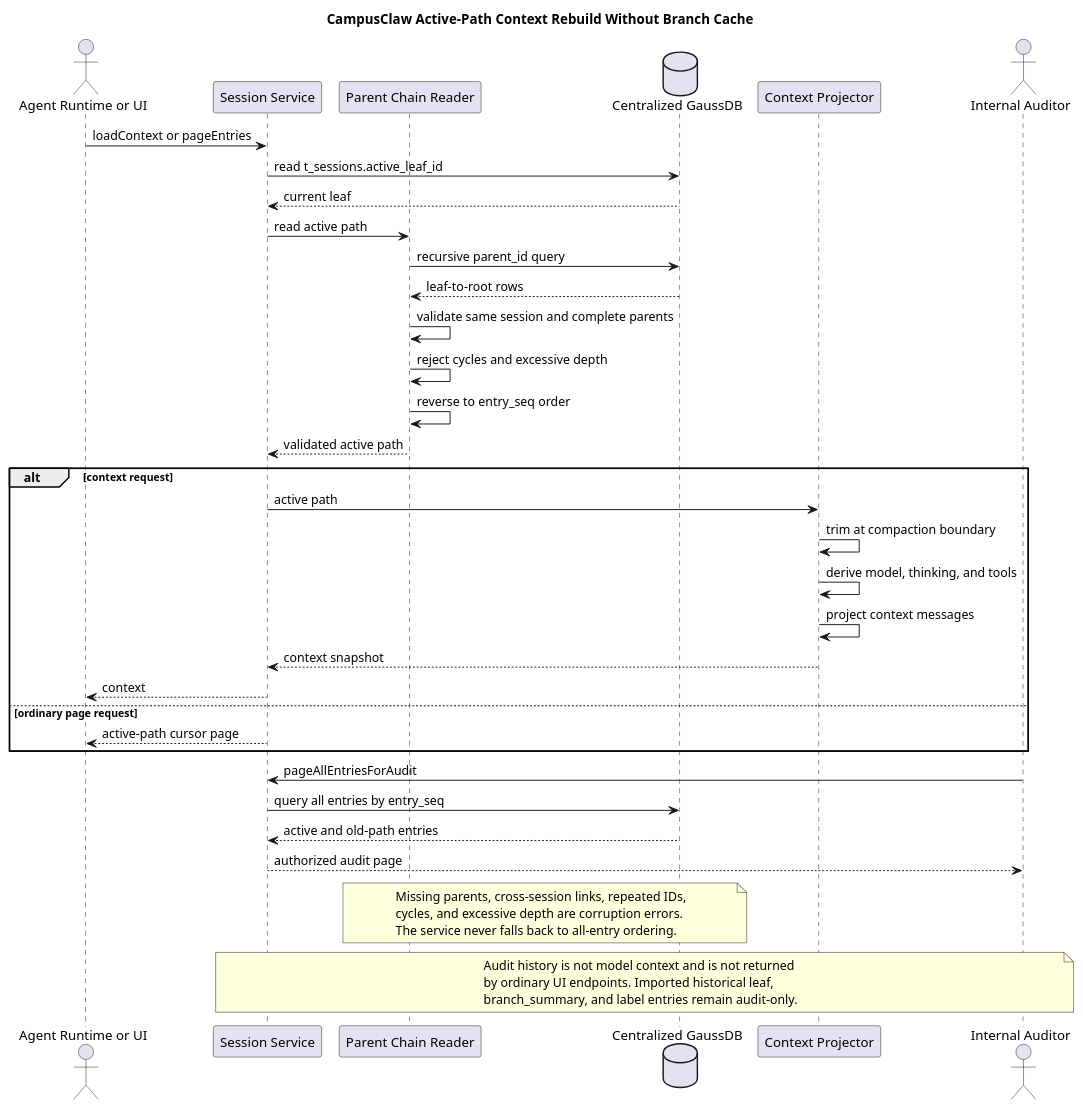
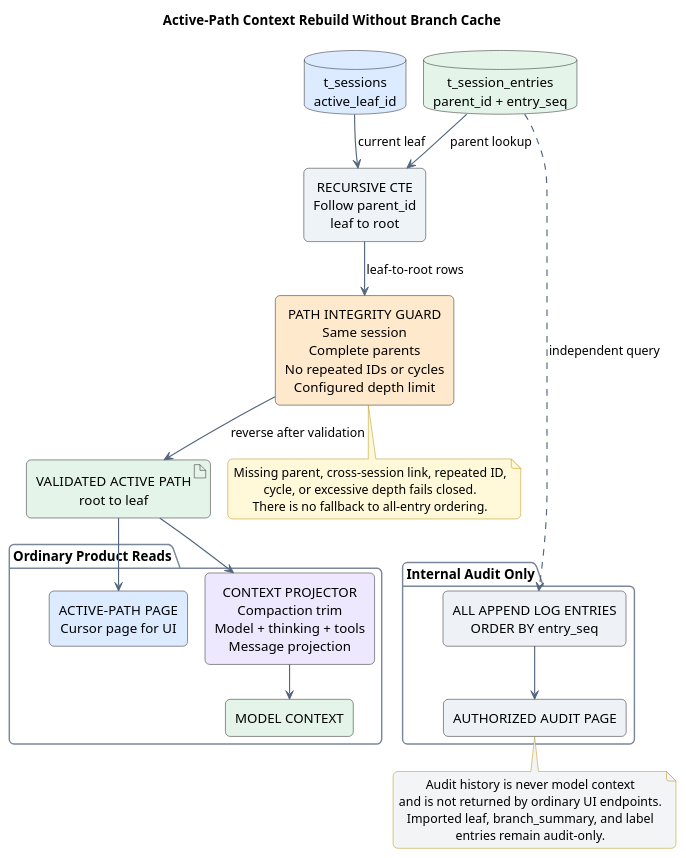
One commit to ssm0808/pi-mono-java-design changed the fourth of 4 diagrams in diagrams/memory/diagram.puml. Above: the diagram before and after it, drawn with PlantUML. The commit also changed other lines of this file and 8 other files, not shown here.

Commit message:
docs(memory): improve session diagram readability

```diff
--- a/diagrams/memory/diagram.puml
+++ b/diagrams/memory/diagram.puml
@@ -250,66 +258,78 @@
 @startuml memory-context-rebuild
-title CampusClaw Active-Path Context Rebuild Without Branch Cache
+!pragma layout smetana
+title Active-Path Context Rebuild Without Branch Cache
+top to bottom direction
+
 skinparam backgroundColor #FFFFFF
+skinparam shadowing false
+skinparam roundcorner 10
+skinparam defaultTextAlignment center
+skinparam ArrowColor #53657D
+skinparam ArrowThickness 1.2
+skinparam PackageBorderColor #7A8699
+skinparam NoteBorderColor #B58B00
+skinparam NoteBackgroundColor #FFF8D9
 
 ' Source evidence:
 ' - badlogic/pi-mono@f0deb8dd8e9611e89b5bc4145ca92c03ae6ed4ee
 ' - packages/storage/sqlite-node/src/sqlite/storage/index.ts:
 '   readPathToRootOrCompaction
 ' - packages/storage/sqlite-node/src/sqlite/storage/branch-cache.ts:
 '   rebuildCachedBranch
 ' - packages/agent/src/harness/session/session.ts: buildSessionContext
 ' Observed behavior: pi prefers validated branch cache rows and repairs them
 ' from session_entries.parent_id when missing or invalid.
 ' Architecture change: CampusClaw always reads the authoritative parent chain
 ' and never stores or repairs a branch cache.
 ' Product constraint: ordinary paging and Context use only the active path;
 ' all-entry paging is an authorized internal audit operation.
-' Design reason: simplify writes for a product with one visible active path.
+' Design reason: separate active-path reconstruction from its three consumers.
 
-actor "Agent Runtime or UI" as caller
-participant "Session Service" as service
-participant "Parent Chain Reader" as reader
-database "Centralized GaussDB" as db
-participant "Context Projector" as projector
-actor "Internal Auditor" as auditor
+database "t_sessions\nactive_leaf_id" as sessions #DCEBFF
+database "t_session_entries\nparent_id + entry_seq" as entries #E4F4E8
 
-caller -> service : loadContext or pageEntries
-service -> db : read t_sessions.active_leaf_id
-db --> service : current leaf
-service -> reader : read active path
-reader -> db : recursive parent_id query
-db --> reader : leaf-to-root rows
-reader -> reader : validate same session and complete parents
-reader -> reader : reject cycles and excessive depth
-reader -> reader : reverse to entry_seq order
-reader --> service : validated active path
+sessions -[hidden]right- entries
 
-alt context request
-  service -> projector : active path
-  projector -> projector : trim at compaction boundary
-  projector -> projector : derive model, thinking, and tools
-  projector -> projector : project context messages
-  projector --> service : context snapshot
-  service --> caller : context
-else ordinary page request
-  service --> caller : active-path cursor page
-end
+rectangle "RECURSIVE CTE\nFollow parent_id\nleaf to root" as recursive #EEF3F8
+rectangle "PATH INTEGRITY GUARD\nSame session\nComplete parents\nNo repeated IDs or cycles\nConfigured depth limit" as guard #FFE9CC
+artifact "VALIDATED ACTIVE PATH\nroot to leaf" as path #E4F4E8
 
-auditor -> service : pageAllEntriesForAudit
-service -> db : query all entries by entry_seq
-db --> service : active and old-path entries
-service --> auditor : authorized audit page
+package "Ordinary Product Reads" as ordinary {
+  rectangle "ACTIVE-PATH PAGE\nCursor page for UI" as page #DCEBFF
+  rectangle "CONTEXT PROJECTOR\nCompaction trim\nModel + thinking + tools\nMessage projection" as projector #EEE8FF
+  rectangle "MODEL CONTEXT" as context #E4F4E8
 
-note over reader,db
-Missing parents, cross-session links, repeated IDs,
-cycles, and excessive depth are corruption errors.
-The service never falls back to all-entry ordering.
+  projector --> context
+  page -[hidden]right- projector
+}
+
+package "Internal Audit Only" as internal {
+  rectangle "ALL APPEND LOG ENTRIES\nORDER BY entry_seq" as allEntries #EEF1F5
+  rectangle "AUTHORIZED AUDIT PAGE" as audit #EEF1F5
+  allEntries --> audit
+}
+
+ordinary -[hidden]right- internal
+
+sessions --> recursive : current leaf
+entries --> recursive : parent lookup
+recursive --> guard : leaf-to-root rows
+guard --> path : reverse after validation
+path --> page
+path --> projector
+entries ..> allEntries : independent query
+
+note bottom of guard
+Missing parent, cross-session link, repeated ID,
+cycle, or excessive depth fails closed.
+There is no fallback to all-entry ordering.
 end note
 
-note over service,auditor
-Audit history is not model context and is not returned
-by ordinary UI endpoints. Imported historical leaf,
-branch_summary, and label entries remain audit-only.
+note bottom of audit #F3F4F6
+Audit history is never model context
+and is not returned by ordinary UI endpoints.
+Imported leaf, branch_summary, and label
+entries remain audit-only.
 end note
 
 @enduml
```
